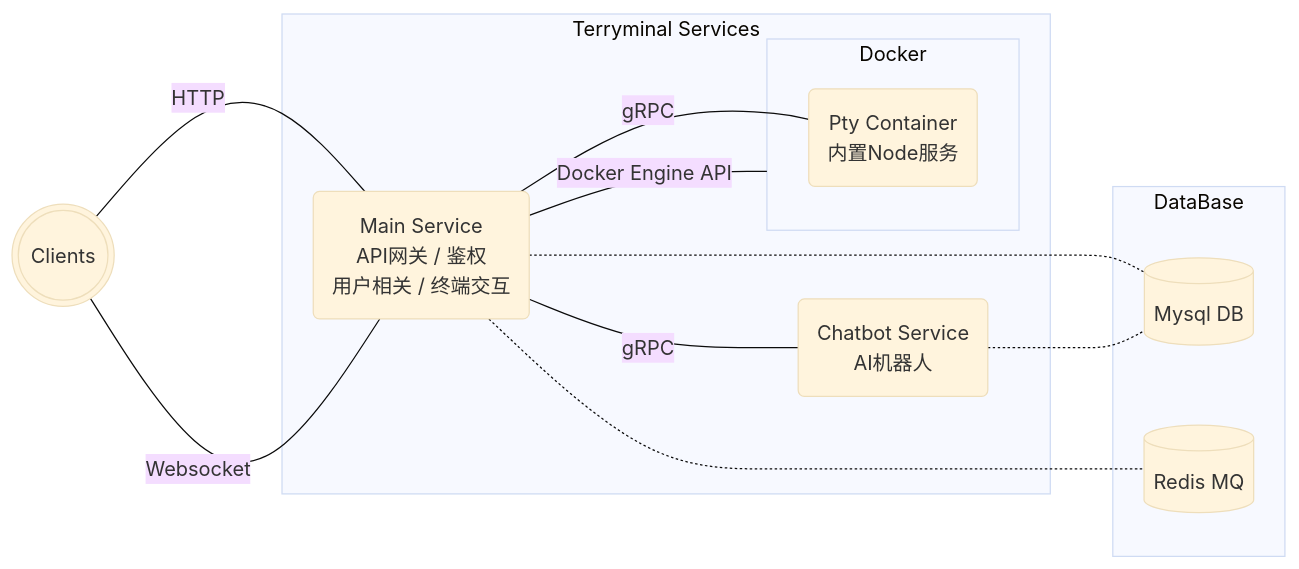
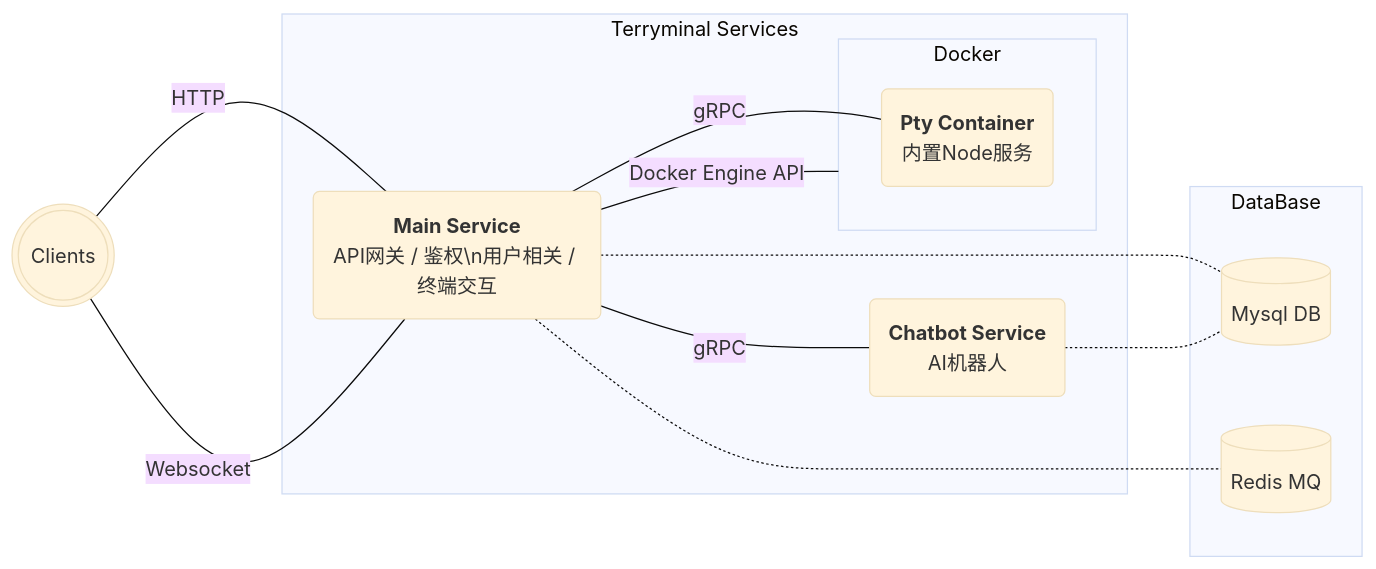
Before and after one commit to Banana-Boat/terryminal-be: the diagram in README.md, drawn with Mermaid (base theme).

Commit message:
feat: readme增加架构图

````diff
--- a/README.md
+++ b/README.md
@@ -11,20 +11,23 @@
 ```mermaid
 flowchart LR
-  id_client(((Clients))) --HTTP--- id_main(Main Service\nAPI网关 / 鉴权\n用户相关 / 终端交互)
+  id_client(((Clients))) --HTTP--- id_main("`**Main Service**
+  API网关 / 鉴权\n用户相关 / 终端交互`")
   id_client --Websocket--- id_main
 
   subgraph Terryminal Services
-  id_main --gRPC--- id_chatbot(Chatbot Service\nAI机器人)
+  id_main --gRPC--- id_chatbot("`**Chatbot Service**
+  AI机器人`")
   id_main --Docker Engine API--- Docker
   end
 
   subgraph DataBase
   id_main -.- id_mysql[(Mysql DB)]
   id_chatbot -.- id_mysql
   id_main -.- id_redis[(Redis MQ)]
   end
 
   subgraph Docker
-  id_main --gRPC--- id_bash(Pty Container\n内置Node服务)
+  id_main --gRPC--- id_bash("`**Pty Container**
+  内置Node服务`")
   end
 ```
````
